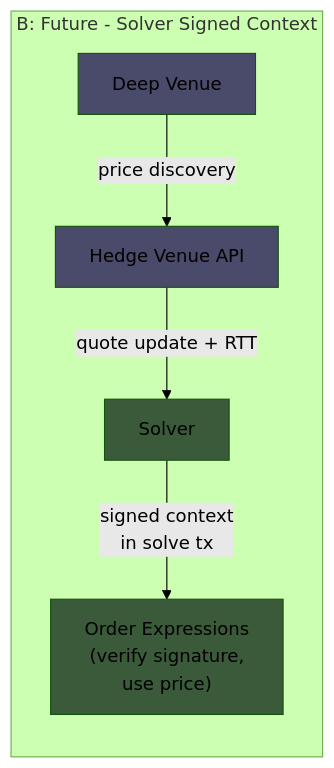
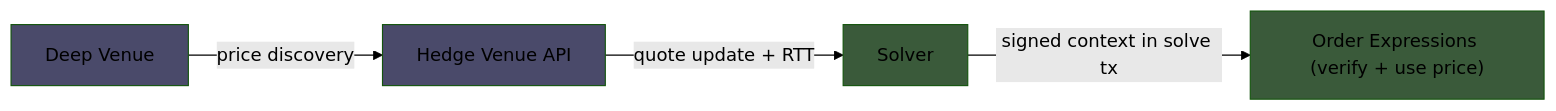
Before and after one commit to ST0x-Technology/st0x.liquidity: the third of 9 diagrams in TRUTH.md, drawn with Mermaid (forest theme). The commit also changed other lines of this file, not shown here.

Commit message:
compact diagram layouts: LR pipelines, remove redundant diagrams, split architecture

````diff
--- a/TRUTH.md
+++ b/TRUTH.md
@@ -101,13 +101,11 @@
 ```mermaid
 graph LR
-    subgraph "B: Future - Solver Signed Context"
-        DV[Deep Venue] -->|price discovery| HV[Hedge Venue API]
-        HV -->|"quote update + RTT"| SLV[Solver]
-        SLV -->|"signed context<br/>in solve tx"| OE2["Order Expressions<br/>(verify signature,<br/>use price)"]
-    end
+    DV[Deep Venue] -->|price discovery| HV[Hedge Venue API]
+    HV -->|quote update + RTT| SLV[Solver]
+    SLV -->|signed context in solve tx| OE2["Order Expressions (verify + use price)"]
 
     style DV fill:#4a4a6a
     style HV fill:#4a4a6a
     style SLV fill:#3a5a3a
     style OE2 fill:#3a5a3a
 ```
````
